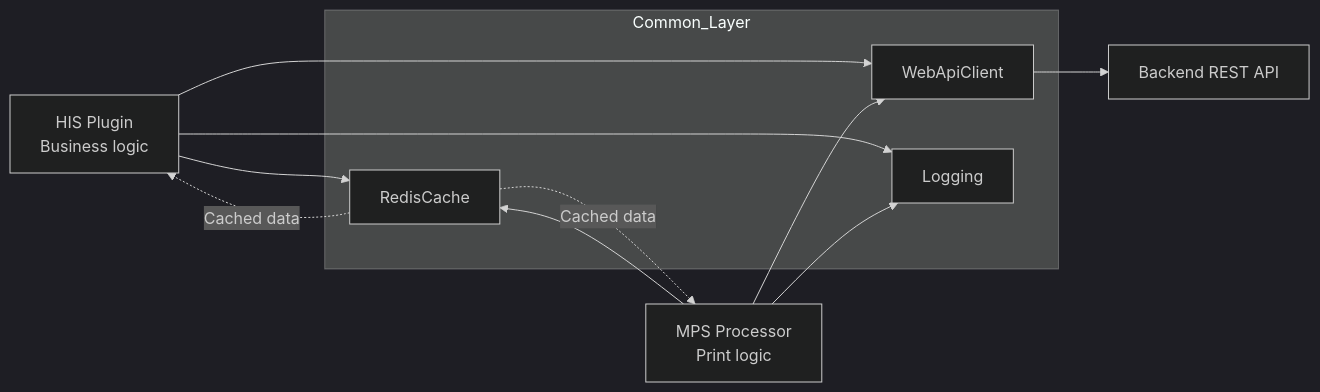
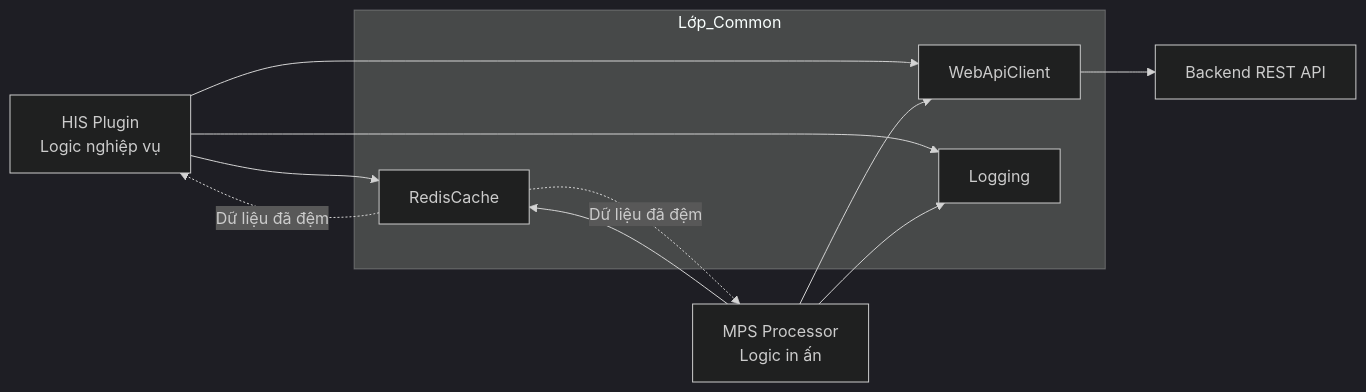
One commit to thangpnb/HIS changed the sixth of 7 diagrams in docs/his-ba-documentation/02-modules/common-libraries/libraries.md. Above: the diagram before and after it, drawn with Mermaid (dark theme). The commit also changed other lines of this file and 30 other files, not shown here.

Commit message:
Refactor architecture docs and update translations

````diff
--- a/docs/his-ba-documentation/02-modules/common-libraries/libraries.md
+++ b/docs/his-ba-documentation/02-modules/common-libraries/libraries.md
@@ -393,25 +393,25 @@
 ```mermaid
 graph LR
-    HIS_Plugin["HIS Plugin<br/>Business logic"]
-    MPS_Processor["MPS Processor<br/>Print logic"]
+    HIS_Plugin["HIS Plugin<br/>Logic nghiệp vụ"]
+    MPS_Processor["MPS Processor<br/>Logic in ấn"]
     
-    subgraph "Common_Layer"
+    subgraph "Lớp_Common"
         WebAPI["WebApiClient"]
         Cache["RedisCache"]
         Log["Logging"]
     end
     
     Backend["Backend REST API"]
     
     HIS_Plugin --> WebAPI
     HIS_Plugin --> Cache
     HIS_Plugin --> Log
     
     MPS_Processor --> WebAPI
     MPS_Processor --> Cache
     MPS_Processor --> Log
     
     WebAPI --> Backend
-    Cache -.-> |"Cached data"| HIS_Plugin
-    Cache -.-> |"Cached data"| MPS_Processor
+    Cache -.-> |"Dữ liệu đã đệm"| HIS_Plugin
+    Cache -.-> |"Dữ liệu đã đệm"| MPS_Processor
 ```
````
